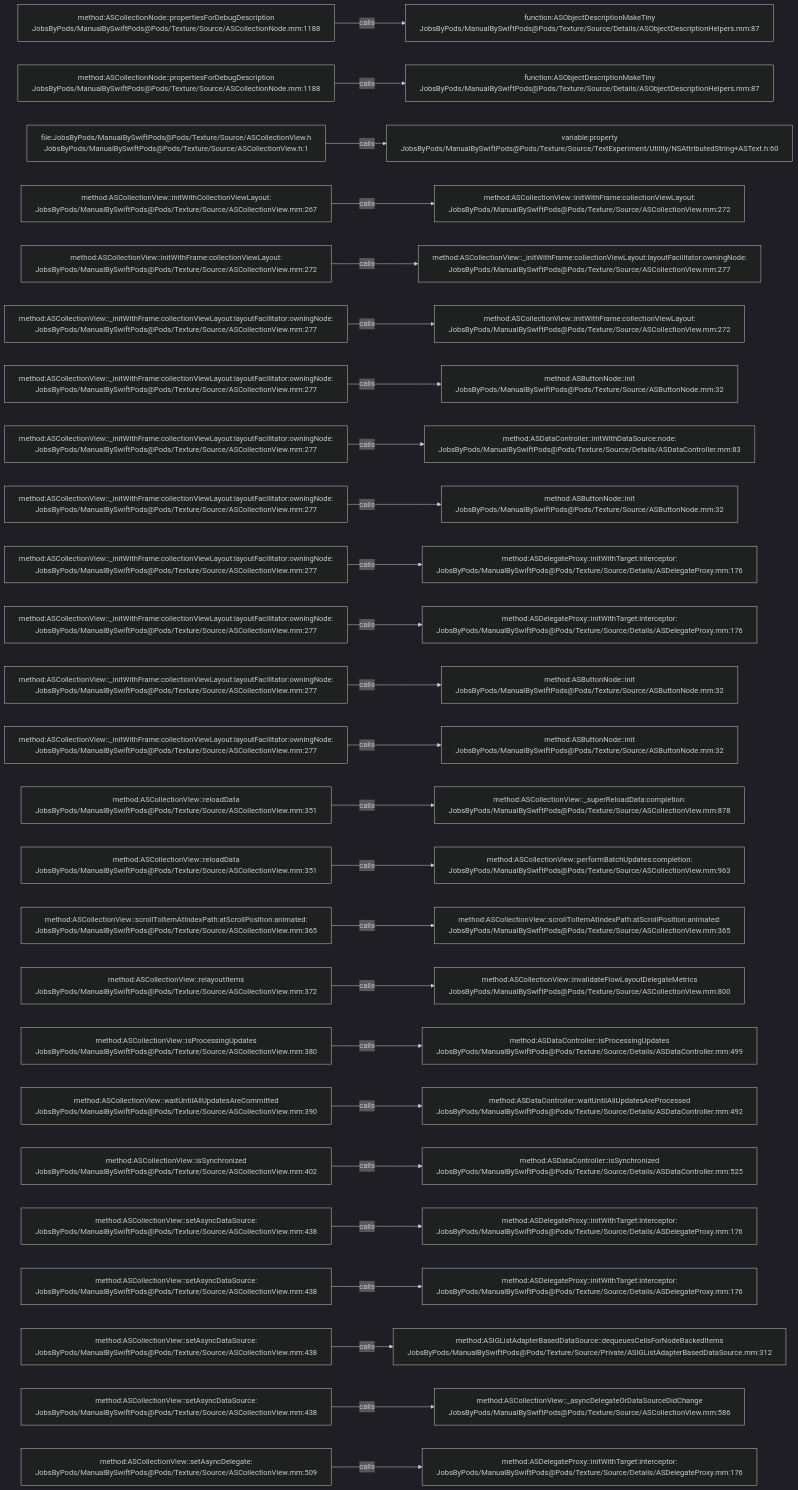
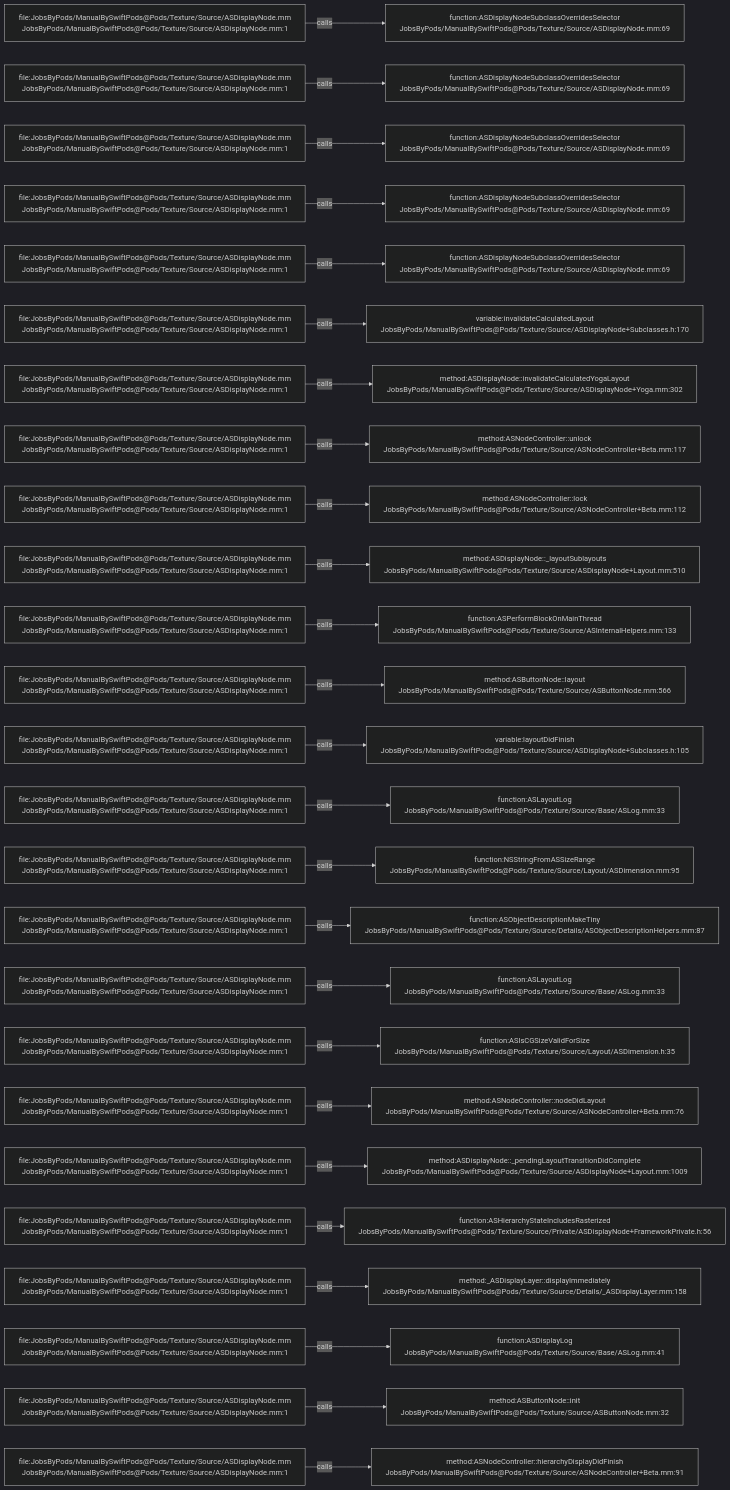
Before and after one commit to JobsKits/JobsSwiftBaseConfigDemo: the diagram in .codegraph/codegraph.md/graphs/calls-029.md, drawn with Mermaid (dark theme). The commit also changed 832 other files, not shown here.

````diff
--- a/.codegraph/codegraph.md/graphs/calls-029.md
+++ b/.codegraph/codegraph.md/graphs/calls-029.md
@@ -13,78 +13,78 @@
 ```mermaid
 flowchart LR
-  S1["method:ASCollectionNode::propertiesForDebugDescription<br/>JobsByPods/ManualBySwiftPods@Pods/Texture/Source/ASCollectionNode.mm:1188"]
-  T1["function:ASObjectDescriptionMakeTiny<br/>JobsByPods/ManualBySwiftPods@Pods/Texture/Source/Details/ASObjectDescriptionHelpers.mm:87"]
+  S1["file:JobsByPods/ManualBySwiftPods@Pods/Texture/Source/ASDisplayNode.mm<br/>JobsByPods/ManualBySwiftPods@Pods/Texture/Source/ASDisplayNode.mm:1"]
+  T1["function:ASDisplayNodeSubclassOverridesSelector<br/>JobsByPods/ManualBySwiftPods@Pods/Texture/Source/ASDisplayNode.mm:69"]
   S1 -->|calls| T1
-  S2["method:ASCollectionNode::propertiesForDebugDescription<br/>JobsByPods/ManualBySwiftPods@Pods/Texture/Source/ASCollectionNode.mm:1188"]
-  T2["function:ASObjectDescriptionMakeTiny<br/>JobsByPods/ManualBySwiftPods@Pods/Texture/Source/Details/ASObjectDescriptionHelpers.mm:87"]
+  S2["file:JobsByPods/ManualBySwiftPods@Pods/Texture/Source/ASDisplayNode.mm<br/>JobsByPods/ManualBySwiftPods@Pods/Texture/Source/ASDisplayNode.mm:1"]
+  T2["function:ASDisplayNodeSubclassOverridesSelector<br/>JobsByPods/ManualBySwiftPods@Pods/Texture/Source/ASDisplayNode.mm:69"]
   S2 -->|calls| T2
-  S3["file:JobsByPods/ManualBySwiftPods@Pods/Texture/Source/ASCollectionView.h<br/>JobsByPods/ManualBySwiftPods@Pods/Texture/Source/ASCollectionView.h:1"]
-  T3["variable:property<br/>JobsByPods/ManualBySwiftPods@Pods/Texture/Source/TextExperiment/Utility/NSAttributedString+ASText.h:60"]
+  S3["file:JobsByPods/ManualBySwiftPods@Pods/Texture/Source/ASDisplayNode.mm<br/>JobsByPods/ManualBySwiftPods@Pods/Texture/Source/ASDisplayNode.mm:1"]
+  T3["function:ASDisplayNodeSubclassOverridesSelector<br/>JobsByPods/ManualBySwiftPods@Pods/Texture/Source/ASDisplayNode.mm:69"]
   S3 -->|calls| T3
-  S4["method:ASCollectionView::initWithCollectionViewLayout:<br/>JobsByPods/ManualBySwiftPods@Pods/Texture/Source/ASCollectionView.mm:267"]
-  T4["method:ASCollectionView::initWithFrame:collectionViewLayout:<br/>JobsByPods/ManualBySwiftPods@Pods/Texture/Source/ASCollectionView.mm:272"]
+  S4["file:JobsByPods/ManualBySwiftPods@Pods/Texture/Source/ASDisplayNode.mm<br/>JobsByPods/ManualBySwiftPods@Pods/Texture/Source/ASDisplayNode.mm:1"]
+  T4["function:ASDisplayNodeSubclassOverridesSelector<br/>JobsByPods/ManualBySwiftPods@Pods/Texture/Source/ASDisplayNode.mm:69"]
   S4 -->|calls| T4
-  S5["method:ASCollectionView::initWithFrame:collectionViewLayout:<br/>JobsByPods/ManualBySwiftPods@Pods/Texture/Source/ASCollectionView.mm:272"]
-  T5["method:ASCollectionView::_initWithFrame:collectionViewLayout:layoutFacilitator:owningNode:<br/>JobsByPods/ManualBySwiftPods@Pods/Texture/Source/ASCollectionView.mm:277"]
+  S5["file:JobsByPods/ManualBySwiftPods@Pods/Texture/Source/ASDisplayNode.mm<br/>JobsByPods/ManualBySwiftPods@Pods/Texture/Source/ASDisplayNode.mm:1"]
+  T5["function:ASDisplayNodeSubclassOverridesSelector<br/>JobsByPods/ManualBySwiftPods@Pods/Texture/Source/ASDisplayNode.mm:69"]
   S5 -->|calls| T5
-  S6["method:ASCollectionView::_initWithFrame:collectionViewLayout:layoutFacilitator:owningNode:<br/>JobsByPods/ManualBySwiftPods@Pods/Texture/Source/ASCollectionView.mm:277"]
-  T6["method:ASCollectionView::initWithFrame:collectionViewLayout:<br/>JobsByPods/ManualBySwiftPods@Pods/Texture/Source/ASCollectionView.mm:272"]
+  S6["file:JobsByPods/ManualBySwiftPods@Pods/Texture/Source/ASDisplayNode.mm<br/>JobsByPods/ManualBySwiftPods@Pods/Texture/Source/ASDisplayNode.mm:1"]
+  T6["variable:invalidateCalculatedLayout<br/>JobsByPods/ManualBySwiftPods@Pods/Texture/Source/ASDisplayNode+Subclasses.h:170"]
   S6 -->|calls| T6
-  S7["method:ASCollectionView::_initWithFrame:collectionViewLayout:layoutFacilitator:owningNode:<br/>JobsByPods/ManualBySwiftPods@Pods/Texture/Source/ASCollectionView.mm:277"]
-  T7["method:ASButtonNode::init<br/>JobsByPods/ManualBySwiftPods@Pods/Texture/Source/ASButtonNode.mm:32"]
+  S7["file:JobsByPods/ManualBySwiftPods@Pods/Texture/Source/ASDisplayNode.mm<br/>JobsByPods/ManualBySwiftPods@Pods/Texture/Source/ASDisplayNode.mm:1"]
+  T7["method:ASDisplayNode::invalidateCalculatedYogaLayout<br/>JobsByPods/ManualBySwiftPods@Pods/Texture/Source/ASDisplayNode+Yoga.mm:302"]
   S7 -->|calls| T7
-  S8["method:ASCollectionView::_initWithFrame:collectionViewLayout:layoutFacilitator:owningNode:<br/>JobsByPods/ManualBySwiftPods@Pods/Texture/Source/ASCollectionView.mm:277"]
-  T8["method:ASDataController::initWithDataSource:node:<br/>JobsByPods/ManualBySwiftPods@Pods/Texture/Source/Details/ASDataController.mm:83"]
+  S8["file:JobsByPods/ManualBySwiftPods@Pods/Texture/Source/ASDisplayNode.mm<br/>JobsByPods/ManualBySwiftPods@Pods/Texture/Source/ASDisplayNode.mm:1"]
+  T8["method:ASNodeController::unlock<br/>JobsByPods/ManualBySwiftPods@Pods/Texture/Source/ASNodeController+Beta.mm:117"]
   S8 -->|calls| T8
-  S9["method:ASCollectionView::_initWithFrame:collectionViewLayout:layoutFacilitator:owningNode:<br/>JobsByPods/ManualBySwiftPods@Pods/Texture/Source/ASCollectionView.mm:277"]
-  T9["method:ASButtonNode::init<br/>JobsByPods/ManualBySwiftPods@Pods/Texture/Source/ASButtonNode.mm:32"]
+  S9["file:JobsByPods/ManualBySwiftPods@Pods/Texture/Source/ASDisplayNode.mm<br/>JobsByPods/ManualBySwiftPods@Pods/Texture/Source/ASDisplayNode.mm:1"]
+  T9["method:ASNodeController::lock<br/>JobsByPods/ManualBySwiftPods@Pods/Texture/Source/ASNodeController+Beta.mm:112"]
   S9 -->|calls| T9
-  S10["method:ASCollectionView::_initWithFrame:collectionViewLayout:layoutFacilitator:owningNode:<br/>JobsByPods/ManualBySwiftPods@Pods/Texture/Source/ASCollectionView.mm:277"]
-  T10["method:ASDelegateProxy::initWithTarget:interceptor:<br/>JobsByPods/ManualBySwiftPods@Pods/Texture/Source/Details/ASDelegateProxy.mm:176"]
+  S10["file:JobsByPods/ManualBySwiftPods@Pods/Texture/Source/ASDisplayNode.mm<br/>JobsByPods/ManualBySwiftPods@Pods/Texture/Source/ASDisplayNode.mm:1"]
+  T10["method:ASDisplayNode::_layoutSublayouts<br/>JobsByPods/ManualBySwiftPods@Pods/Texture/Source/ASDisplayNode+Layout.mm:510"]
   S10 -->|calls| T10
-  S11["method:ASCollectionView::_initWithFrame:collectionViewLayout:layoutFacilitator:owningNode:<br/>JobsByPods/ManualBySwiftPods@Pods/Texture/Source/ASCollectionView.mm:277"]
-  T11["method:ASDelegateProxy::initWithTarget:interceptor:<br/>JobsByPods/ManualBySwiftPods@Pods/Texture/Source/Details/ASDelegateProxy.mm:176"]
+  S11["file:JobsByPods/ManualBySwiftPods@Pods/Texture/Source/ASDisplayNode.mm<br/>JobsByPods/ManualBySwiftPods@Pods/Texture/Source/ASDisplayNode.mm:1"]
+  T11["function:ASPerformBlockOnMainThread<br/>JobsByPods/ManualBySwiftPods@Pods/Texture/Source/ASInternalHelpers.mm:133"]
   S11 -->|calls| T11
-  S12["method:ASCollectionView::_initWithFrame:collectionViewLayout:layoutFacilitator:owningNode:<br/>JobsByPods/ManualBySwiftPods@Pods/Texture/Source/ASCollectionView.mm:277"]
-  T12["method:ASButtonNode::init<br/>JobsByPods/ManualBySwiftPods@Pods/Texture/Source/ASButtonNode.mm:32"]
+  S12["file:JobsByPods/ManualBySwiftPods@Pods/Texture/Source/ASDisplayNode.mm<br/>JobsByPods/ManualBySwiftPods@Pods/Texture/Source/ASDisplayNode.mm:1"]
+  T12["method:ASButtonNode::layout<br/>JobsByPods/ManualBySwiftPods@Pods/Texture/Source/ASButtonNode.mm:566"]
   S12 -->|calls| T12
-  S13["method:ASCollectionView::_initWithFrame:collectionViewLayout:layoutFacilitator:owningNode:<br/>JobsByPods/ManualBySwiftPods@Pods/Texture/Source/ASCollectionView.mm:277"]
-  T13["method:ASButtonNode::init<br/>JobsByPods/ManualBySwiftPods@Pods/Texture/Source/ASButtonNode.mm:32"]
+  S13["file:JobsByPods/ManualBySwiftPods@Pods/Texture/Source/ASDisplayNode.mm<br/>JobsByPods/ManualBySwiftPods@Pods/Texture/Source/ASDisplayNode.mm:1"]
+  T13["variable:layoutDidFinish<br/>JobsByPods/ManualBySwiftPods@Pods/Texture/Source/ASDisplayNode+Subclasses.h:105"]
   S13 -->|calls| T13
-  S14["method:ASCollectionView::reloadData<br/>JobsByPods/ManualBySwiftPods@Pods/Texture/Source/ASCollectionView.mm:351"]
-  T14["method:ASCollectionView::_superReloadData:completion:<br/>JobsByPods/ManualBySwiftPods@Pods/Texture/Source/ASCollectionView.mm:878"]
+  S14["file:JobsByPods/ManualBySwiftPods@Pods/Texture/Source/ASDisplayNode.mm<br/>JobsByPods/ManualBySwiftPods@Pods/Texture/Source/ASDisplayNode.mm:1"]
+  T14["function:ASLayoutLog<br/>JobsByPods/ManualBySwiftPods@Pods/Texture/Source/Base/ASLog.mm:33"]
   S14 -->|calls| T14
-  S15["method:ASCollectionView::reloadData<br/>JobsByPods/ManualBySwiftPods@Pods/Texture/Source/ASCollectionView.mm:351"]
-  T15["method:ASCollectionView::performBatchUpdates:completion:<br/>JobsByPods/ManualBySwiftPods@Pods/Texture/Source/ASCollectionView.mm:963"]
+  S15["file:JobsByPods/ManualBySwiftPods@Pods/Texture/Source/ASDisplayNode.mm<br/>JobsByPods/ManualBySwiftPods@Pods/Texture/Source/ASDisplayNode.mm:1"]
+  T15["function:NSStringFromASSizeRange<br/>JobsByPods/ManualBySwiftPods@Pods/Texture/Source/Layout/ASDimension.mm:95"]
   S15 -->|calls| T15
-  S16["method:ASCollectionView::scrollToItemAtIndexPath:atScrollPosition:animated:<br/>JobsByPods/ManualBySwiftPods@Pods/Texture/Source/ASCollectionView.mm:365"]
-  T16["method:ASCollectionView::scrollToItemAtIndexPath:atScrollPosition:animated:<br/>JobsByPods/ManualBySwiftPods@Pods/Texture/Source/ASCollectionView.mm:365"]
+  S16["file:JobsByPods/ManualBySwiftPods@Pods/Texture/Source/ASDisplayNode.mm<br/>JobsByPods/ManualBySwiftPods@Pods/Texture/Source/ASDisplayNode.mm:1"]
+  T16["function:ASObjectDescriptionMakeTiny<br/>JobsByPods/ManualBySwiftPods@Pods/Texture/Source/Details/ASObjectDescriptionHelpers.mm:87"]
   S16 -->|calls| T16
-  S17["method:ASCollectionView::relayoutItems<br/>JobsByPods/ManualBySwiftPods@Pods/Texture/Source/ASCollectionView.mm:372"]
-  T17["method:ASCollectionView::invalidateFlowLayoutDelegateMetrics<br/>JobsByPods/ManualBySwiftPods@Pods/Texture/Source/ASCollectionView.mm:800"]
+  S17["file:JobsByPods/ManualBySwiftPods@Pods/Texture/Source/ASDisplayNode.mm<br/>JobsByPods/ManualBySwiftPods@Pods/Texture/Source/ASDisplayNode.mm:1"]
+  T17["function:ASLayoutLog<br/>JobsByPods/ManualBySwiftPods@Pods/Texture/Source/Base/ASLog.mm:33"]
   S17 -->|calls| T17
-  S18["method:ASCollectionView::isProcessingUpdates<br/>JobsByPods/ManualBySwiftPods@Pods/Texture/Source/ASCollectionView.mm:380"]
-  T18["method:ASDataController::isProcessingUpdates<br/>JobsByPods/ManualBySwiftPods@Pods/Texture/Source/Details/ASDataController.mm:499"]
+  S18["file:JobsByPods/ManualBySwiftPods@Pods/Texture/Source/ASDisplayNode.mm<br/>JobsByPods/ManualBySwiftPods@Pods/Texture/Source/ASDisplayNode.mm:1"]
+  T18["function:ASIsCGSizeValidForSize<br/>JobsByPods/ManualBySwiftPods@Pods/Texture/Source/Layout/ASDimension.h:35"]
   S18 -->|calls| T18
-  S19["method:ASCollectionView::waitUntilAllUpdatesAreCommitted<br/>JobsByPods/ManualBySwiftPods@Pods/Texture/Source/ASCollectionView.mm:390"]
-  T19["method:ASDataController::waitUntilAllUpdatesAreProcessed<br/>JobsByPods/ManualBySwiftPods@Pods/Texture/Source/Details/ASDataController.mm:492"]
+  S19["file:JobsByPods/ManualBySwiftPods@Pods/Texture/Source/ASDisplayNode.mm<br/>JobsByPods/ManualBySwiftPods@Pods/Texture/Source/ASDisplayNode.mm:1"]
+  T19["method:ASNodeController::nodeDidLayout<br/>JobsByPods/ManualBySwiftPods@Pods/Texture/Source/ASNodeController+Beta.mm:76"]
   S19 -->|calls| T19
-  S20["method:ASCollectionView::isSynchronized<br/>JobsByPods/ManualBySwiftPods@Pods/Texture/Source/ASCollectionView.mm:402"]
-  T20["method:ASDataController::isSynchronized<br/>JobsByPods/ManualBySwiftPods@Pods/Texture/Source/Details/ASDataController.mm:525"]
+  S20["file:JobsByPods/ManualBySwiftPods@Pods/Texture/Source/ASDisplayNode.mm<br/>JobsByPods/ManualBySwiftPods@Pods/Texture/Source/ASDisplayNode.mm:1"]
+  T20["method:ASDisplayNode::_pendingLayoutTransitionDidComplete<br/>JobsByPods/ManualBySwiftPods@Pods/Texture/Source/ASDisplayNode+Layout.mm:1009"]
   S20 -->|calls| T20
-  S21["method:ASCollectionView::setAsyncDataSource:<br/>JobsByPods/ManualBySwiftPods@Pods/Texture/Source/ASCollectionView.mm:438"]
-  T21["method:ASDelegateProxy::initWithTarget:interceptor:<br/>JobsByPods/ManualBySwiftPods@Pods/Texture/Source/Details/ASDelegateProxy.mm:176"]
+  S21["file:JobsByPods/ManualBySwiftPods@Pods/Texture/Source/ASDisplayNode.mm<br/>JobsByPods/ManualBySwiftPods@Pods/Texture/Source/ASDisplayNode.mm:1"]
+  T21["function:ASHierarchyStateIncludesRasterized<br/>JobsByPods/ManualBySwiftPods@Pods/Texture/Source/Private/ASDisplayNode+FrameworkPrivate.h:56"]
   S21 -->|calls| T21
-  S22["method:ASCollectionView::setAsyncDataSource:<br/>JobsByPods/ManualBySwiftPods@Pods/Texture/Source/ASCollectionView.mm:438"]
-  T22["method:ASDelegateProxy::initWithTarget:interceptor:<br/>JobsByPods/ManualBySwiftPods@Pods/Texture/Source/Details/ASDelegateProxy.mm:176"]
+  S22["file:JobsByPods/ManualBySwiftPods@Pods/Texture/Source/ASDisplayNode.mm<br/>JobsByPods/ManualBySwiftPods@Pods/Texture/Source/ASDisplayNode.mm:1"]
+  T22["method:_ASDisplayLayer::displayImmediately<br/>JobsByPods/ManualBySwiftPods@Pods/Texture/Source/Details/_ASDisplayLayer.mm:158"]
   S22 -->|calls| T22
-  S23["method:ASCollectionView::setAsyncDataSource:<br/>JobsByPods/ManualBySwiftPods@Pods/Texture/Source/ASCollectionView.mm:438"]
-  T23["method:ASIGListAdapterBasedDataSource::dequeuesCellsForNodeBackedItems<br/>JobsByPods/ManualBySwiftPods@Pods/Texture/Source/Private/ASIGListAdapterBasedDataSource.mm:312"]
+  S23["file:JobsByPods/ManualBySwiftPods@Pods/Texture/Source/ASDisplayNode.mm<br/>JobsByPods/ManualBySwiftPods@Pods/Texture/Source/ASDisplayNode.mm:1"]
+  T23["function:ASDisplayLog<br/>JobsByPods/ManualBySwiftPods@Pods/Texture/Source/Base/ASLog.mm:41"]
   S23 -->|calls| T23
-  S24["method:ASCollectionView::setAsyncDataSource:<br/>JobsByPods/ManualBySwiftPods@Pods/Texture/Source/ASCollectionView.mm:438"]
-  T24["method:ASCollectionView::_asyncDelegateOrDataSourceDidChange<br/>JobsByPods/ManualBySwiftPods@Pods/Texture/Source/ASCollectionView.mm:586"]
+  S24["file:JobsByPods/ManualBySwiftPods@Pods/Texture/Source/ASDisplayNode.mm<br/>JobsByPods/ManualBySwiftPods@Pods/Texture/Source/ASDisplayNode.mm:1"]
+  T24["method:ASButtonNode::init<br/>JobsByPods/ManualBySwiftPods@Pods/Texture/Source/ASButtonNode.mm:32"]
   S24 -->|calls| T24
-  S25["method:ASCollectionView::setAsyncDelegate:<br/>JobsByPods/ManualBySwiftPods@Pods/Texture/Source/ASCollectionView.mm:509"]
-  T25["method:ASDelegateProxy::initWithTarget:interceptor:<br/>JobsByPods/ManualBySwiftPods@Pods/Texture/Source/Details/ASDelegateProxy.mm:176"]
+  S25["file:JobsByPods/ManualBySwiftPods@Pods/Texture/Source/ASDisplayNode.mm<br/>JobsByPods/ManualBySwiftPods@Pods/Texture/Source/ASDisplayNode.mm:1"]
+  T25["method:ASNodeController::hierarchyDisplayDidFinish<br/>JobsByPods/ManualBySwiftPods@Pods/Texture/Source/ASNodeController+Beta.mm:91"]
   S25 -->|calls| T25
 ```
````
